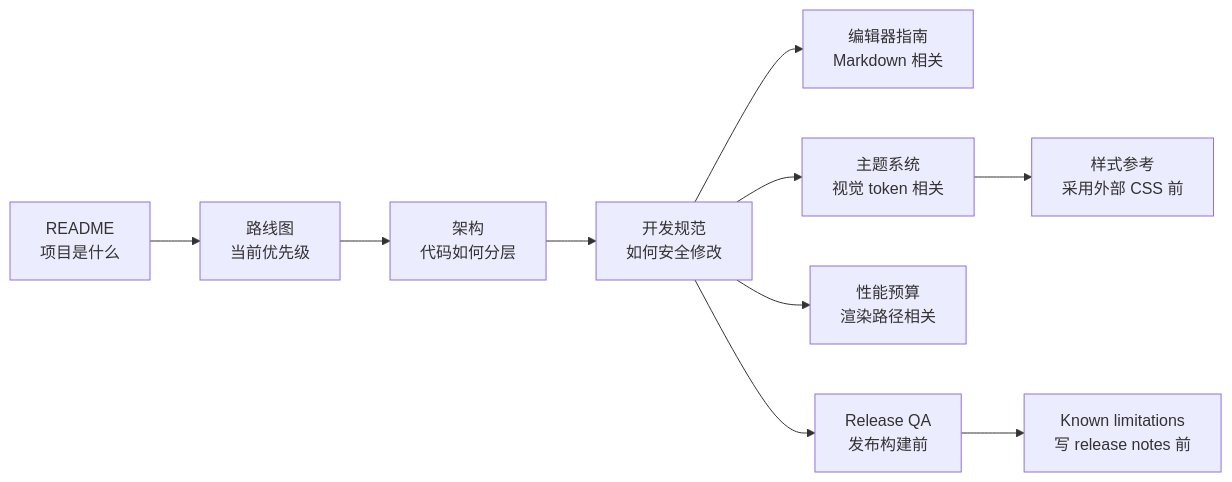
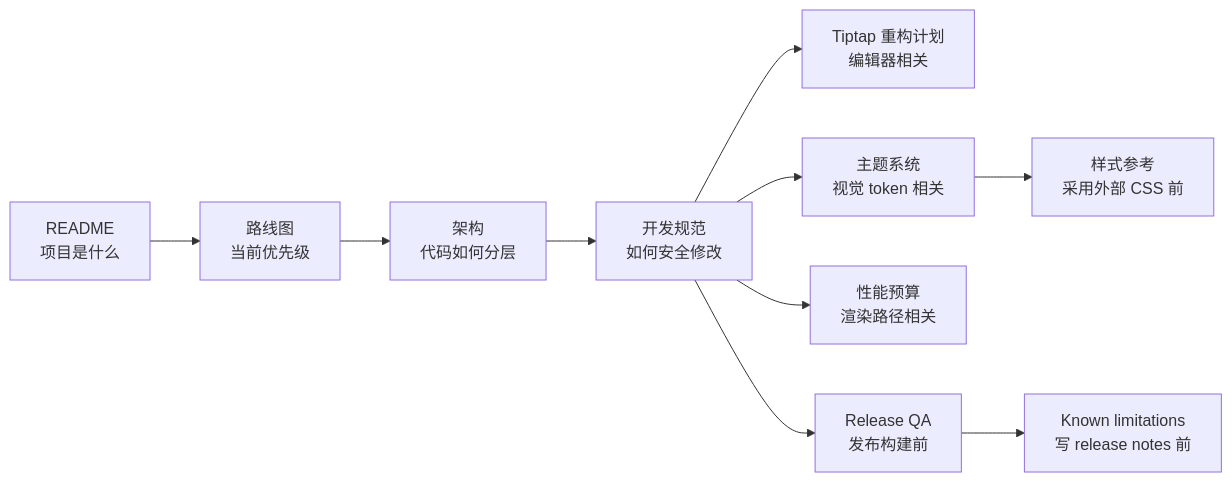
One commit to youzi2233/papyro changed the diagram in docs/zh-CN/README.md. Above: the diagram before and after it, drawn with Mermaid. The commit also changed other lines of this file and 24 other files, not shown here.

First line of the commit message:
docs: remove outdated editor docs superseded by tiptap-refactor-plan

````diff
--- a/docs/zh-CN/README.md
+++ b/docs/zh-CN/README.md
@@ -37,21 +34,21 @@
 ```mermaid
 flowchart LR
     readme["README<br/>项目是什么"]
     roadmap["路线图<br/>当前优先级"]
     architecture["架构<br/>代码如何分层"]
     development["开发规范<br/>如何安全修改"]
-    editor["编辑器指南<br/>Markdown 相关"]
+    editor["Tiptap 重构计划<br/>编辑器相关"]
     themes["主题系统<br/>视觉 token 相关"]
     references["样式参考<br/>采用外部 CSS 前"]
     performance["性能预算<br/>渲染路径相关"]
     release["Release QA<br/>发布构建前"]
     limitations["Known limitations<br/>写 release notes 前"]
 
     readme --> roadmap --> architecture --> development
     development --> editor
     development --> themes
     themes --> references
     development --> performance
     development --> release
     release --> limitations
 ```
````
